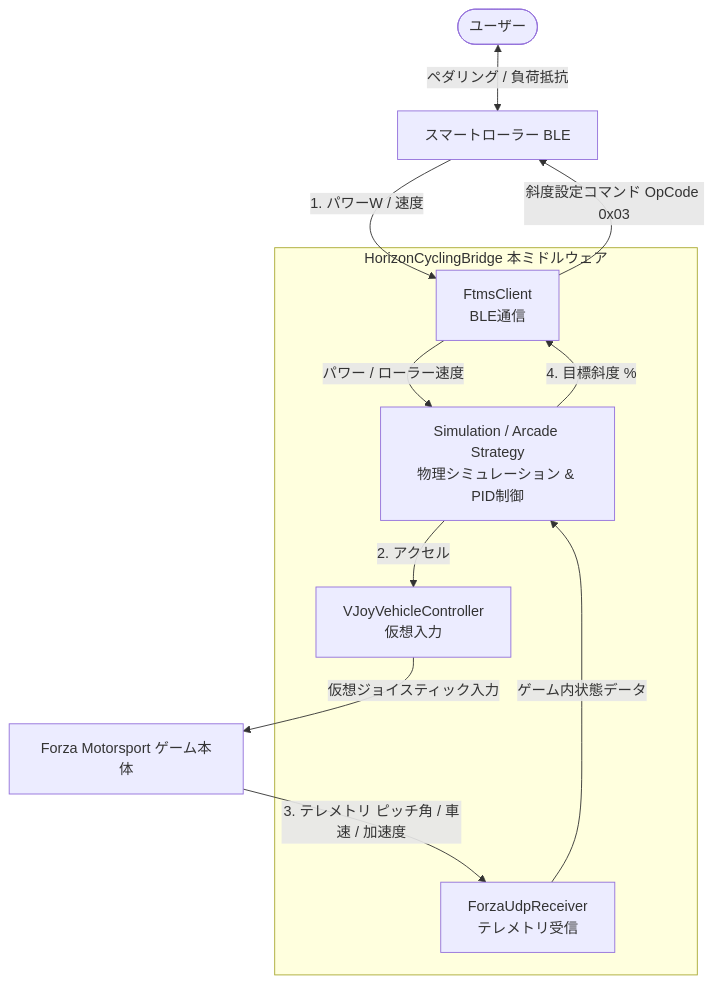
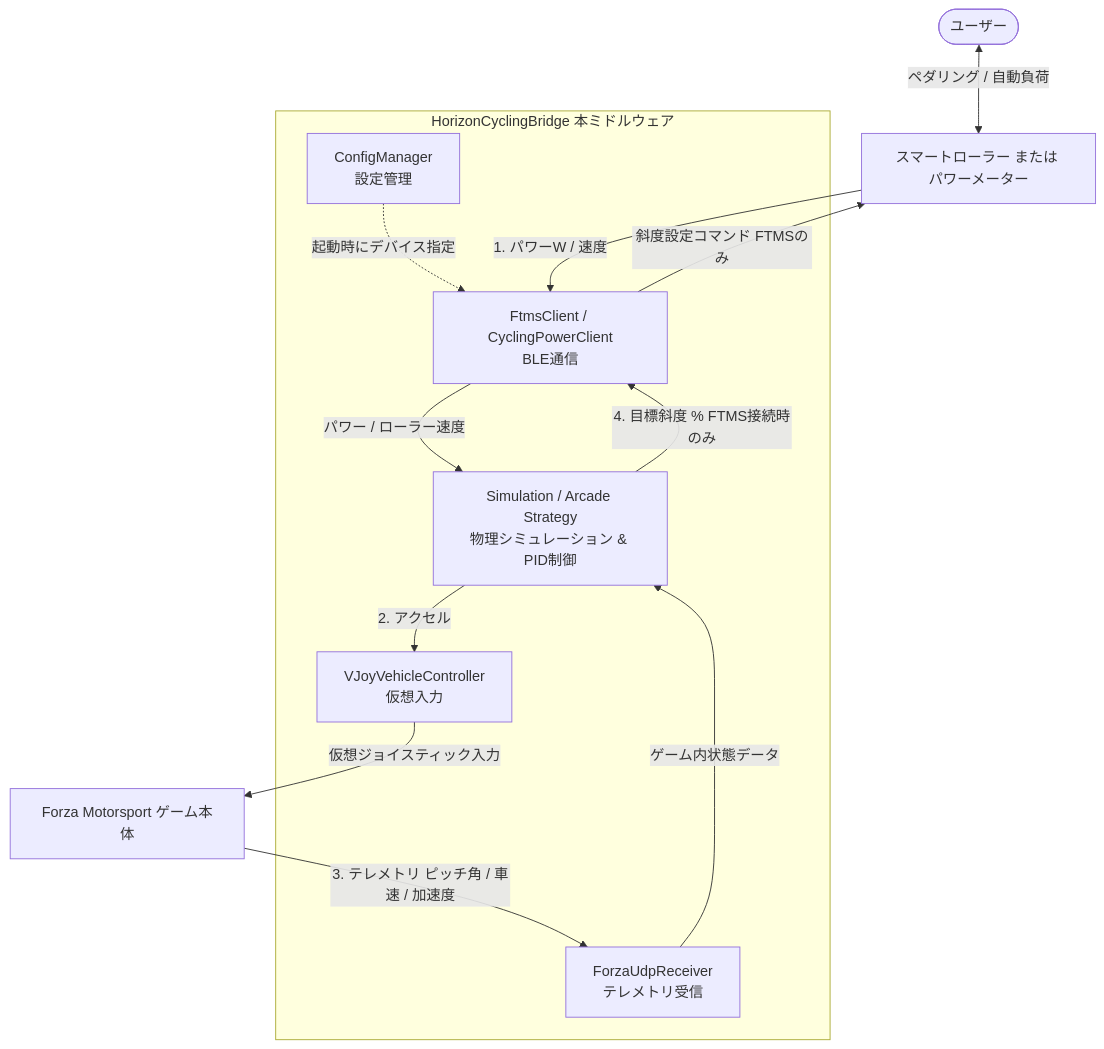
The first of 2 diagrams in docs/20260530-HorizonCycling仕様書.md (n2gate2000-git/HorizonCycling), drawn with Mermaid before and after one commit. The commit also changed other lines of this file and 8 other files, not shown here.

````diff
--- a/docs/20260530-HorizonCycling仕様書.md
+++ b/docs/20260530-HorizonCycling仕様書.md
@@ -12,26 +12,28 @@
 ```mermaid
 graph TD
     %% ユーザーとハードウェア
-    User([ユーザー]) <-->|ペダリング / 負荷抵抗| Trainer[スマートローラー BLE]
+    User([ユーザー]) <-->|ペダリング / 自動負荷| Hardware[スマートローラー または パワーメーター]
     
     %% ミドルウェアブリッジ内部
     subgraph HorizonCyclingBridge [HorizonCyclingBridge 本ミドルウェア]
-        Ftms[FtmsClient<br/>BLE通信]
+        Ble[FtmsClient / CyclingPowerClient<br/>BLE通信]
+        Config[ConfigManager<br/>設定管理]
         Strategy[Simulation / Arcade Strategy<br/>物理シミュレーション & PID制御]
         vJoy[VJoyVehicleController<br/>仮想入力]
         Udp[ForzaUdpReceiver<br/>テレメトリ受信]
     end
     
     %% ゲーム本体
     Game[Forza Motorsport ゲーム本体]
     
     %% データフロー
-    Trainer -->|1. パワーW / 速度| Ftms
-    Ftms -->|パワー / ローラー速度| Strategy
+    Hardware -->|1. パワーW / 速度| Ble
+    Ble -->|パワー / ローラー速度| Strategy
     Strategy -->|2. アクセル| vJoy
     vJoy -->|仮想ジョイスティック入力| Game
     Game -->|3. テレメトリ ピッチ角 / 車速 / 加速度| Udp
     Udp -->|ゲーム内状態データ| Strategy
-    Strategy -->|4. 目標斜度 %| Ftms
-    Ftms -->|斜度設定コマンド OpCode 0x03| Trainer
+    Strategy -->|4. 目標斜度 % FTMS接続時のみ| Ble
+    Ble -->|斜度設定コマンド FTMSのみ| Hardware
+    Config -.->|起動時にデバイス指定| Ble
 ```
````
